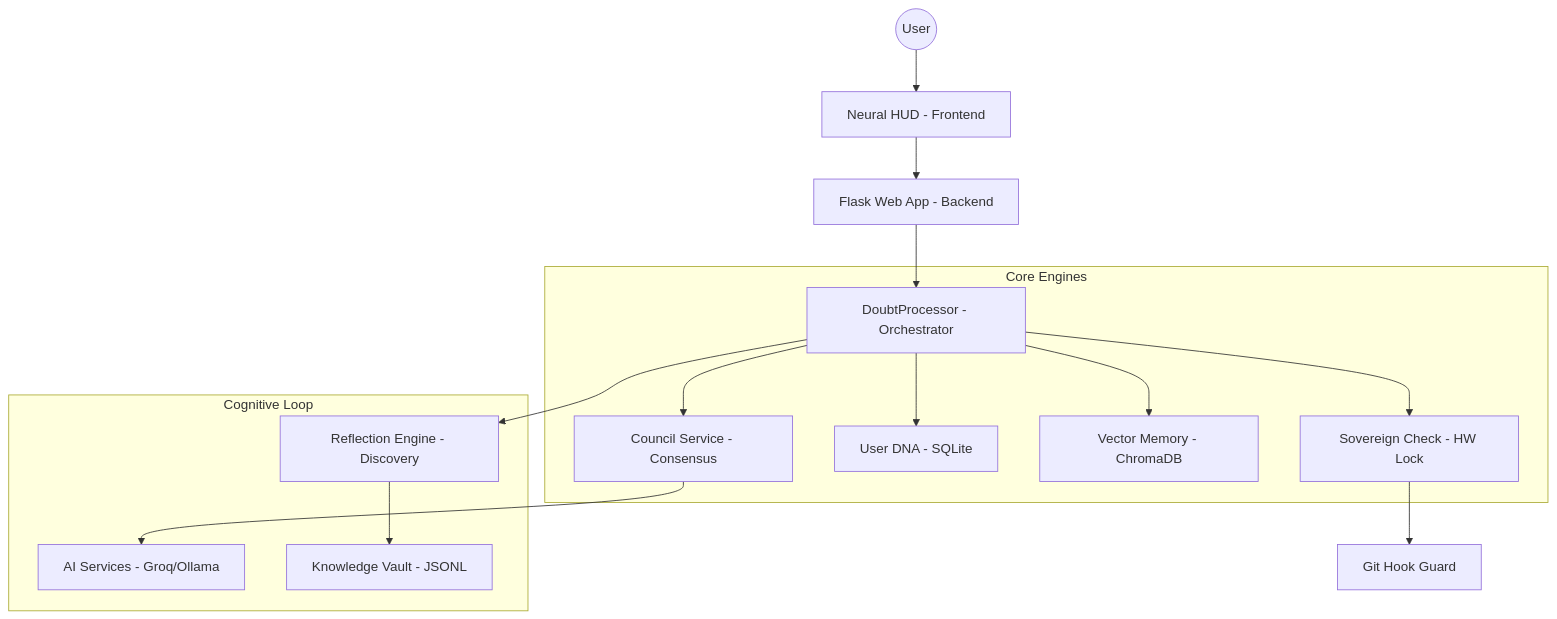
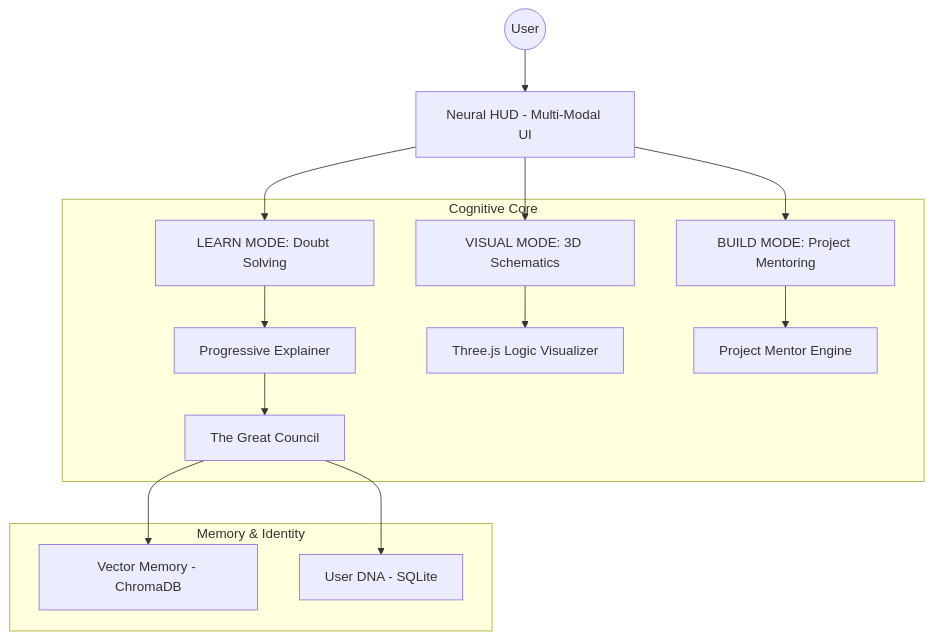
Before and after one commit to Adityavanjre/Project-K: the diagram in README.md, drawn with Mermaid. The commit also changed other lines of this file, not shown here.

Commit message:
KALI: Universal Teacher Refocus. Re-centered around Doubt-Solving and 3D Learning.

````diff
--- a/README.md
+++ b/README.md
@@ -56,21 +41,19 @@
 ```mermaid
 graph TD
-    User((User)) --> WebUI[Neural HUD - Frontend]
-    WebUI --> Flask[Flask Web App - Backend]
-    Flask --> Processor[DoubtProcessor - Orchestrator]
+    User((User)) --> NeuralHUD[Neural HUD - Multi-Modal UI]
+    NeuralHUD --> Learn[LEARN MODE: Doubt Solving]
+    NeuralHUD --> Visual[VISUAL MODE: 3D Schematics]
+    NeuralHUD --> Build[BUILD MODE: Project Mentoring]
     
-    subgraph Core Engines
-        Processor --> Council[Council Service - Consensus]
-        Processor --> DNA[User DNA - SQLite]
-        Processor --> Memory[Vector Memory - ChromaDB]
-        Processor --> Sovereignty[Sovereign Check - HW Lock]
+    subgraph Cognitive Core
+        Learn --> Explainer[Progressive Explainer]
+        Visual --> ThreeJS[Three.js Logic Visualizer]
+        Build --> Mentor[Project Mentor Engine]
+        Explainer --> Council[The Great Council]
     end
     
-    subgraph Cognitive Loop
-        Council --> AI[AI Services - Groq/Ollama]
-        Processor --> Reflection[Reflection Engine - Discovery]
-        Reflection --> Vault[Knowledge Vault - JSONL]
+    subgraph Memory & Identity
+        Council --> Vector[Vector Memory - ChromaDB]
+        Council --> DNA[User DNA - SQLite]
     end
-    
-    Sovereignty --> Git[Git Hook Guard]
 ```
````
